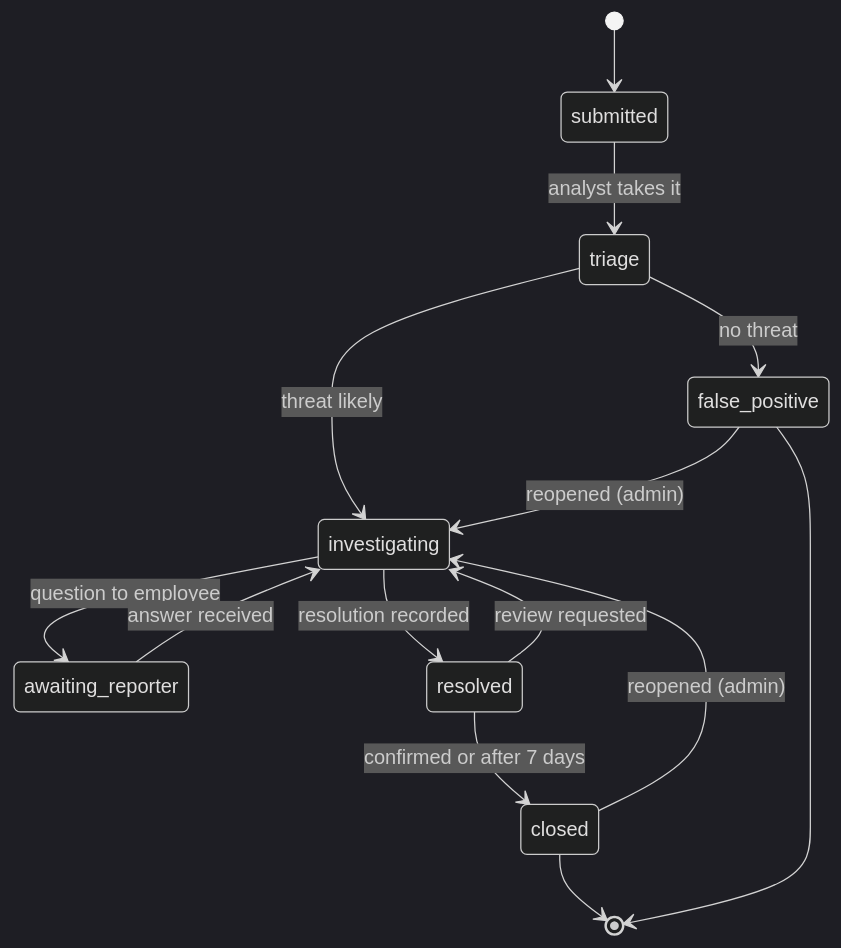
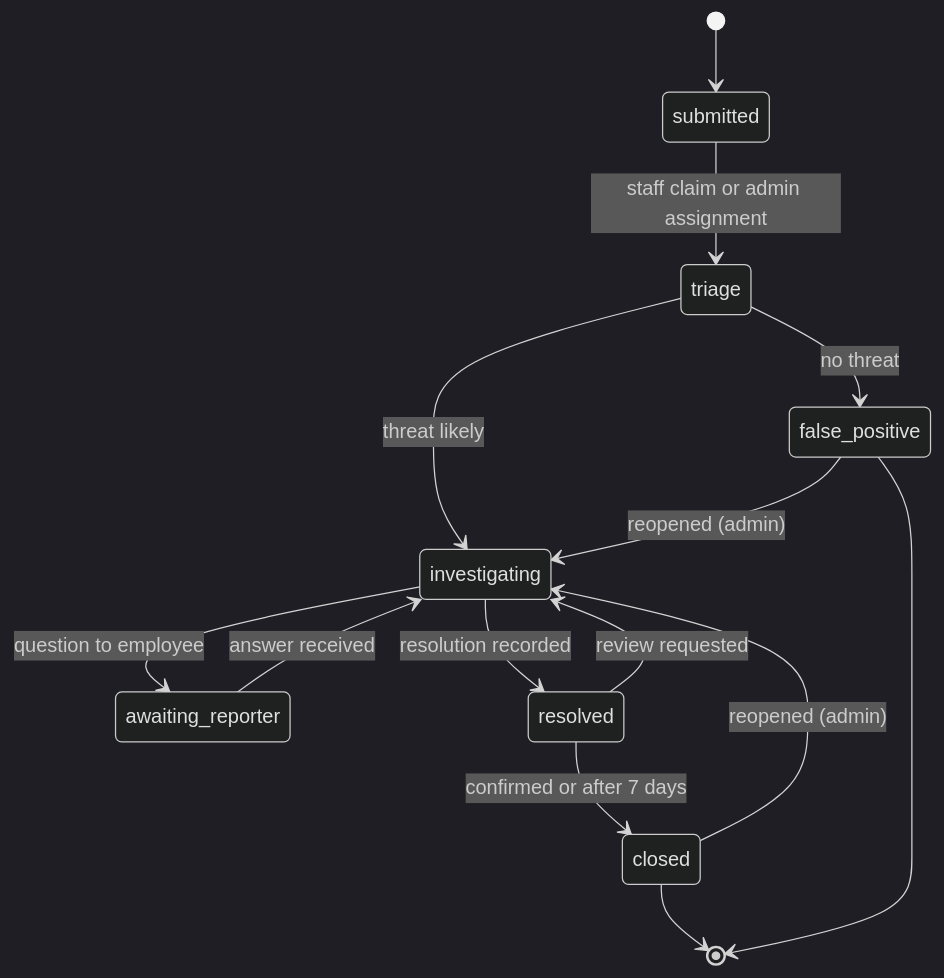
One commit to bekadoux/cyberguard changed the diagram in docs/domain-specification.md. Above: the diagram before and after it, drawn with Mermaid (dark theme). The commit also changed other lines of this file and 25 other files, not shown here.

Commit message:
docs: replace handoffs with current architecture and runbooks

````diff
--- a/docs/domain-specification.md
+++ b/docs/domain-specification.md
@@ -126,16 +131,16 @@
 ```mermaid
 stateDiagram-v2
     [*] --> submitted
-    submitted --> triage : analyst takes it
+    submitted --> triage : staff claim or admin assignment
     triage --> investigating : threat likely
     triage --> false_positive : no threat
     investigating --> awaiting_reporter : question to employee
     awaiting_reporter --> investigating : answer received
     investigating --> resolved : resolution recorded
     resolved --> closed : confirmed or after 7 days
     resolved --> investigating : review requested
     closed --> investigating : reopened (admin)
     false_positive --> investigating : reopened (admin)
     closed --> [*]
     false_positive --> [*]
 ```
````
